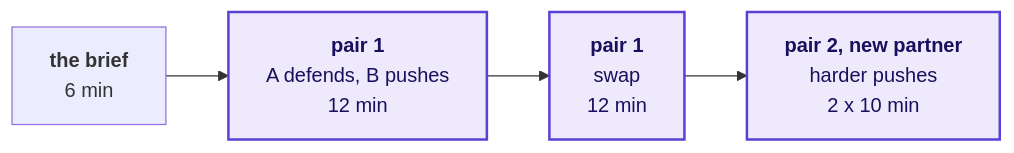
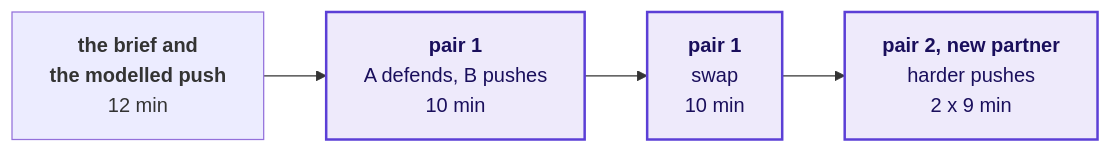
One commit to fde-academy-lab/c2-content-factory changed the third of 6 diagrams in content/W01/D5/slides/C2_W01_D05_rehearsal_STUDENT.md. Above: the diagram before and after it, drawn with Mermaid. The commit also changed other lines of this file and 4 other files, not shown here.

First line of the commit message:
W01 D5: rehearsal round one sums to 50 minutes with the modelled push inside it, the monsoon push is off pair one's list with its follow-ups in the key, 'half' where the brief said 'mostly', S12 names the Kahoot's four design calls, and crux line 4 keeps each customer's own two quarters together

````diff
--- a/content/W01/D5/slides/C2_W01_D05_rehearsal_STUDENT.md
+++ b/content/W01/D5/slides/C2_W01_D05_rehearsal_STUDENT.md
@@ -117,8 +117,8 @@
 ```mermaid
 flowchart LR
-    S["<b>the brief</b><br/>6 min"] --> A["<b>pair 1</b><br/>A defends, B pushes<br/>12 min"]
-    A --> B["<b>pair 1</b><br/>swap<br/>12 min"]
-    B --> C["<b>pair 2, new partner</b><br/>harder pushes<br/>2 x 10 min"]
+    S["<b>the brief and<br/>the modelled push</b><br/>12 min"] --> A["<b>pair 1</b><br/>A defends, B pushes<br/>10 min"]
+    A --> B["<b>pair 1</b><br/>swap<br/>10 min"]
+    B --> C["<b>pair 2, new partner</b><br/>harder pushes<br/>2 x 9 min"]
     classDef known fill:#EEEAFB,stroke:#5B3FD6,color:#1A0F5C,stroke-width:2px
     class A,B,C known
 ```
````
